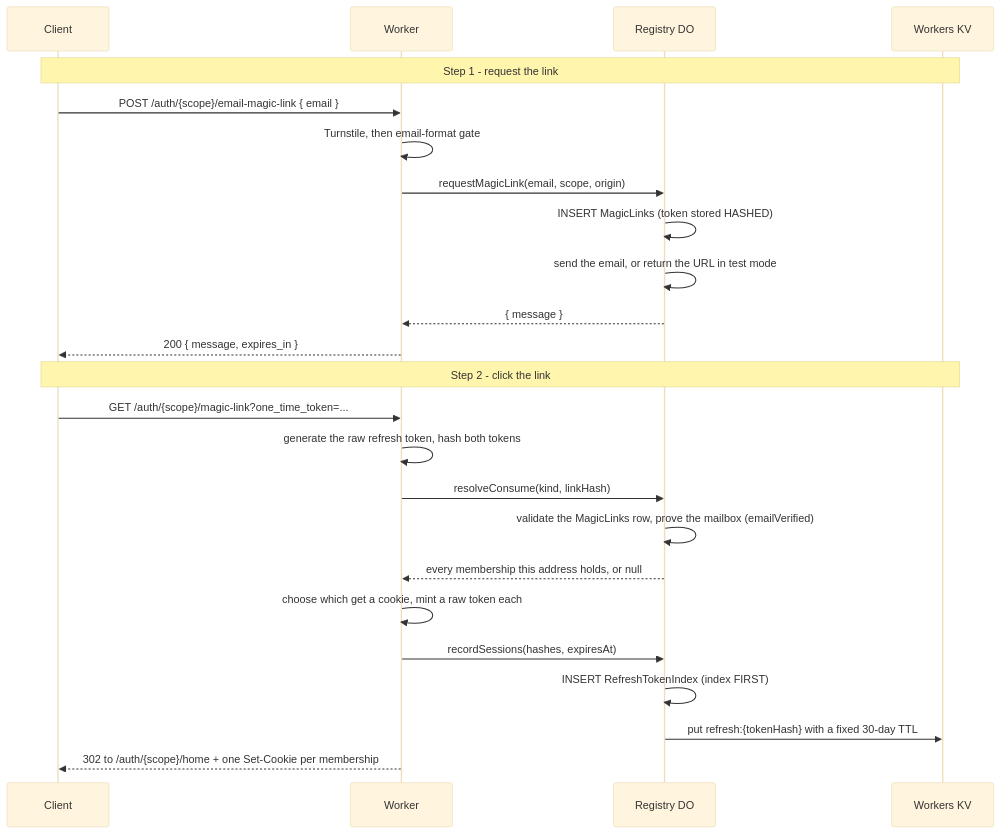
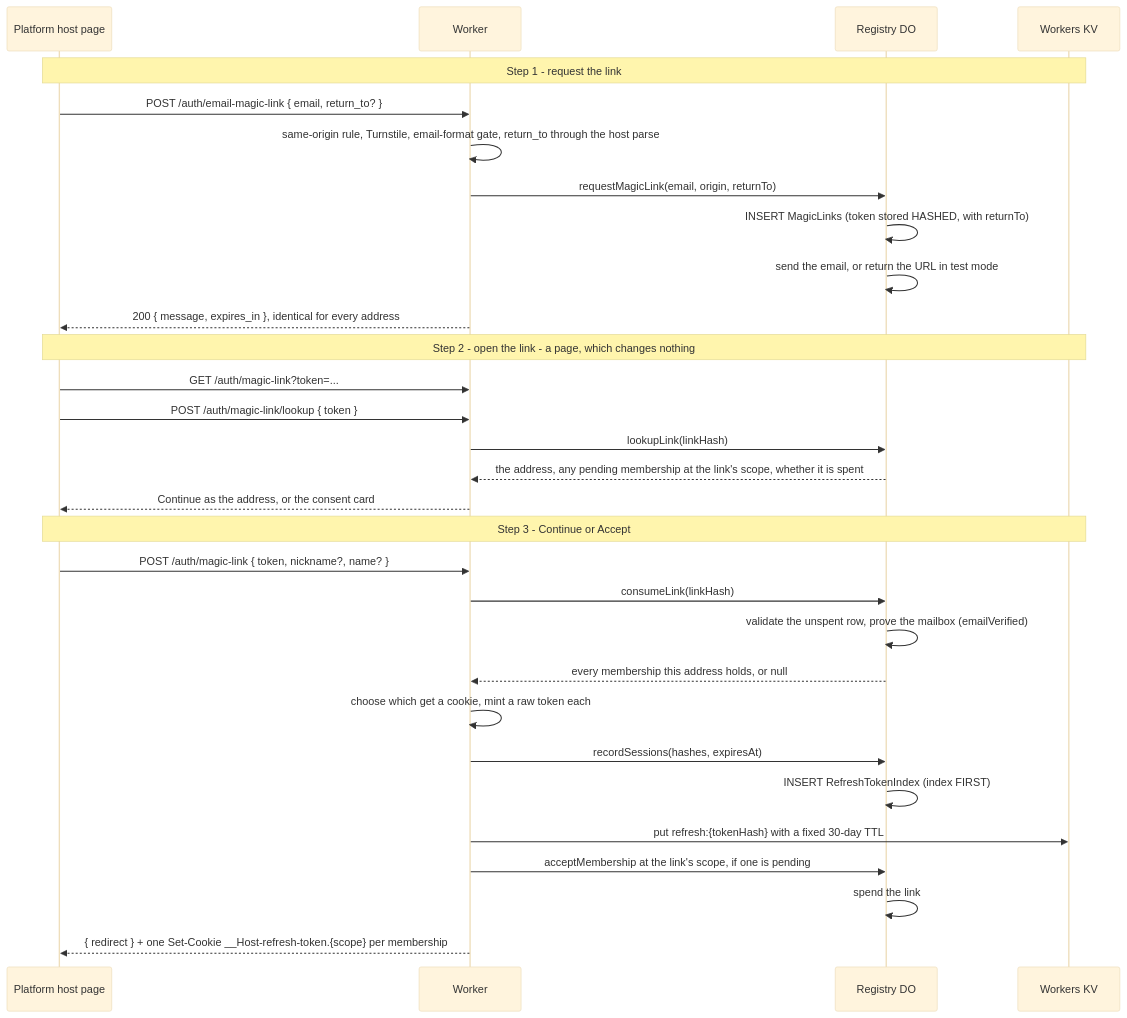
The second of 8 diagrams in packages/nebula-auth/README.md (lumenize/lumenize), drawn with Mermaid (base theme) before and after one commit. The commit also changed other lines of this file and 324 other files, not shown here.

First line of the commit message:
feat(nebula): every scope on its own host, sessions on the platform host

````diff
--- a/packages/nebula-auth/README.md
+++ b/packages/nebula-auth/README.md
@@ -216,28 +210,35 @@
 ```mermaid
 sequenceDiagram
-    participant C as Client
+    participant C as Platform host page
     participant W as Worker
     participant R as Registry DO
     participant KV as Workers KV
 
     Note over C,KV: Step 1 - request the link
-    C->>W: POST /auth/{scope}/email-magic-link { email }
-    W->>W: Turnstile, then email-format gate
-    W->>R: requestMagicLink(email, scope, origin)
-    R->>R: INSERT MagicLinks (token stored HASHED)
+    C->>W: POST /auth/email-magic-link { email, return_to? }
+    W->>W: same-origin rule, Turnstile, email-format gate, return_to through the host parse
+    W->>R: requestMagicLink(email, origin, returnTo)
+    R->>R: INSERT MagicLinks (token stored HASHED, with returnTo)
     R->>R: send the email, or return the URL in test mode
-    R-->>W: { message }
-    W-->>C: 200 { message, expires_in }
+    W-->>C: 200 { message, expires_in }, identical for every address
 
-    Note over C,KV: Step 2 - click the link
-    C->>W: GET /auth/{scope}/magic-link?one_time_token=...
-    W->>W: generate the raw refresh token, hash both tokens
-    W->>R: resolveConsume(kind, linkHash)
-    R->>R: validate the MagicLinks row, prove the mailbox (emailVerified)
+    Note over C,KV: Step 2 - open the link - a page, which changes nothing
+    C->>W: GET /auth/magic-link?token=...
+    C->>W: POST /auth/magic-link/lookup { token }
+    W->>R: lookupLink(linkHash)
+    R-->>W: the address, any pending membership at the link's scope, whether it is spent
+    W-->>C: Continue as the address, or the consent card
+
+    Note over C,KV: Step 3 - Continue or Accept
+    C->>W: POST /auth/magic-link { token, nickname?, name? }
+    W->>R: consumeLink(linkHash)
+    R->>R: validate the unspent row, prove the mailbox (emailVerified)
     R-->>W: every membership this address holds, or null
     W->>W: choose which get a cookie, mint a raw token each
     W->>R: recordSessions(hashes, expiresAt)
     R->>R: INSERT RefreshTokenIndex (index FIRST)
-    R->>KV: put refresh:{tokenHash} with a fixed 30-day TTL
-    W-->>C: 302 to /auth/{scope}/home + one Set-Cookie per membership
+    W->>KV: put refresh:{tokenHash} with a fixed 30-day TTL
+    W->>R: acceptMembership at the link's scope, if one is pending
+    R->>R: spend the link
+    W-->>C: { redirect } + one Set-Cookie __Host-refresh-token.{scope} per membership
 ```
````
